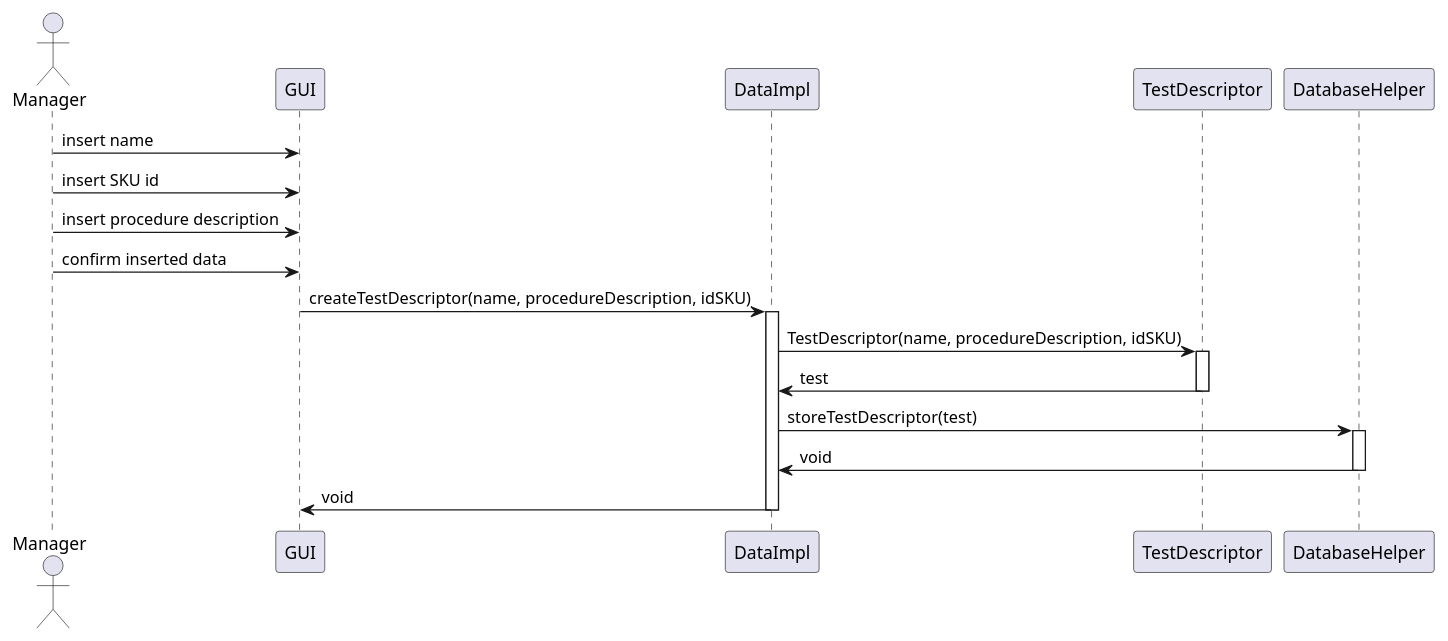
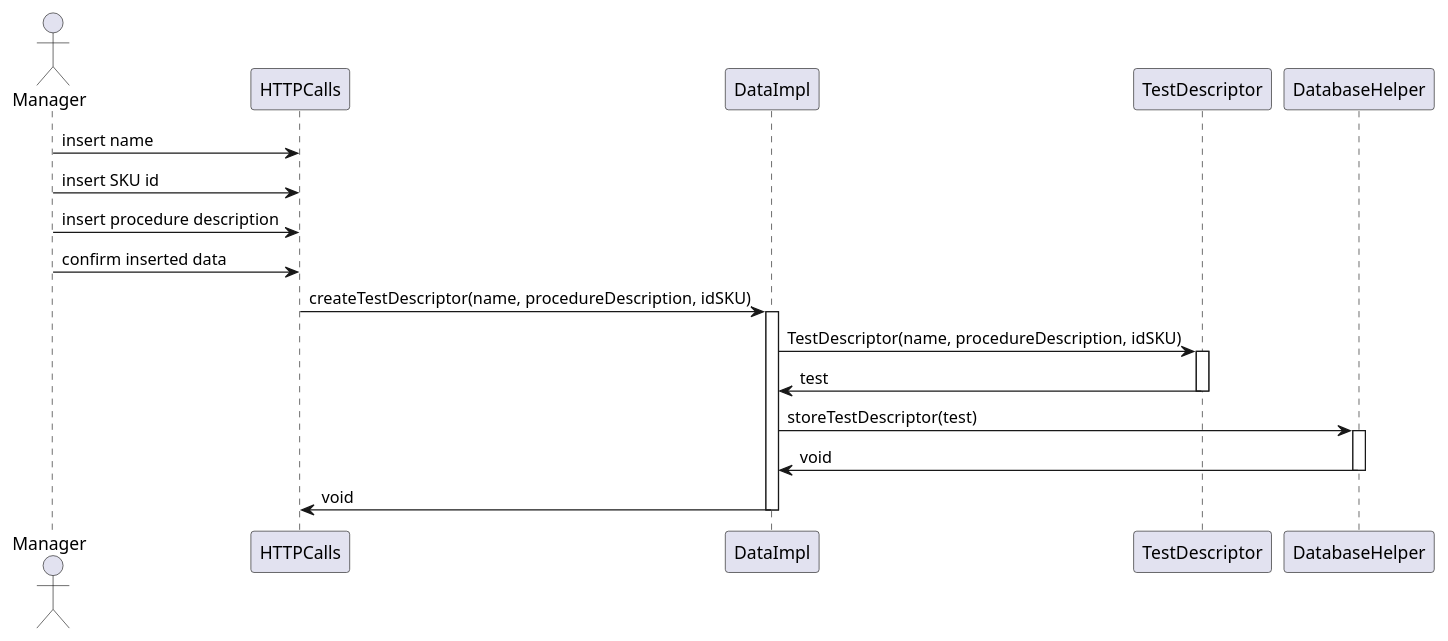
One commit to DavideArcolini/SoftEng_garbageCollector changed the seventh of 7 diagrams in DESIGN PART/DesignDocument.md. Above: the diagram before and after it, drawn with PlantUML. The commit also changed other lines of this file, not shown here.

````diff
--- a/DESIGN PART/DesignDocument.md
+++ b/DESIGN PART/DesignDocument.md
@@ -650,19 +522,19 @@
 ```plantuml
 actor Manager
-Manager -> GUI : insert name
-Manager -> GUI : insert SKU id
-Manager -> GUI : insert procedure description
-Manager -> GUI : confirm inserted data
-GUI -> DataImpl : createTestDescriptor(name, procedureDescription, idSKU)
+Manager -> HTTPCalls : insert name
+Manager -> HTTPCalls : insert SKU id
+Manager -> HTTPCalls : insert procedure description
+Manager -> HTTPCalls : confirm inserted data
+HTTPCalls -> DataImpl : createTestDescriptor(name, procedureDescription, idSKU)
 activate DataImpl
 DataImpl -> TestDescriptor : TestDescriptor(name, procedureDescription, idSKU) 
 activate TestDescriptor
 DataImpl <- TestDescriptor : test
 deactivate TestDescriptor
 DataImpl -> DatabaseHelper : storeTestDescriptor(test)
 activate DatabaseHelper
 DataImpl <- DatabaseHelper : void
 deactivate DatabaseHelper
-GUI <- DataImpl : void
+HTTPCalls <- DataImpl : void
 deactivate DataImpl
 ```
````
